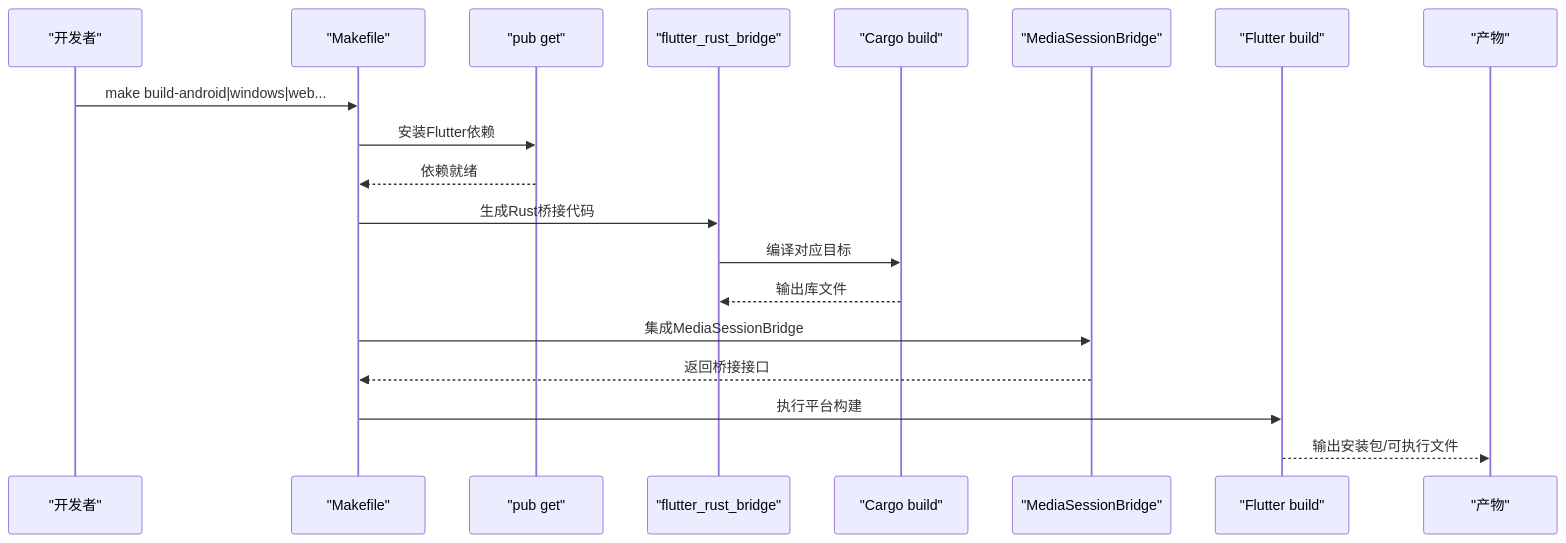
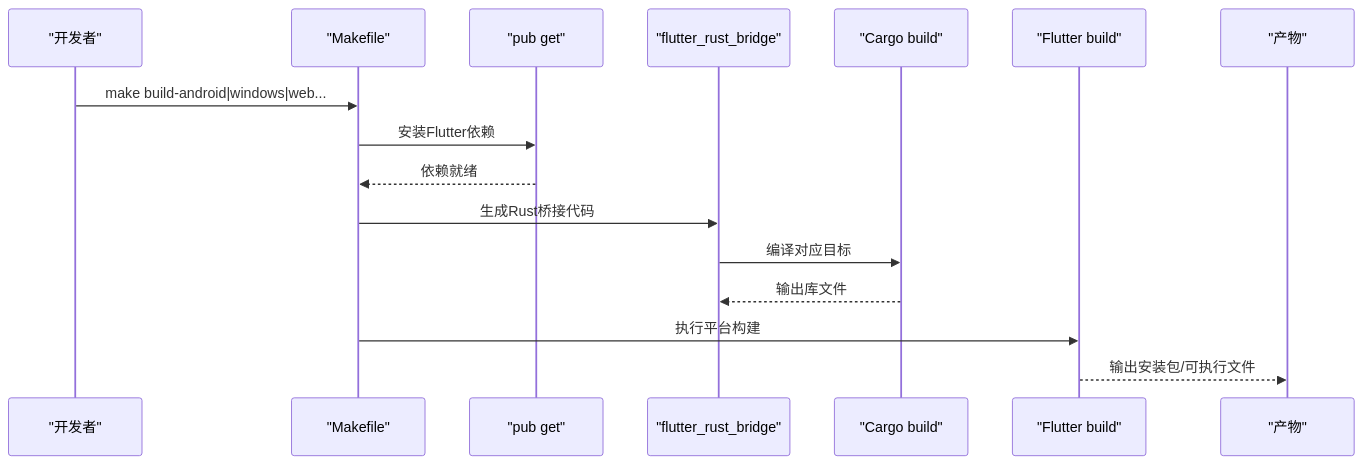
The fourth of 9 diagrams in .qoder/repowiki/zh/content/构建和部署/构建和部署.md (ZhangGHGitHub/LegadoTeamFlutter), drawn with Mermaid before and after one commit. The commit also changed other lines of this file and 68 other files, not shown here.

````diff
--- a/.qoder/repowiki/zh/content/构建和部署/构建和部署.md
+++ b/.qoder/repowiki/zh/content/构建和部署/构建和部署.md
@@ -217,21 +233,18 @@
 ```mermaid
 sequenceDiagram
 participant Dev as "开发者"
 participant MK as "Makefile"
 participant PUB as "pub get"
 participant FRB as "flutter_rust_bridge"
 participant RUST as "Cargo build"
-participant MSB as "MediaSessionBridge"
 participant FLUTTER as "Flutter build"
 participant OUT as "产物"
 Dev->>MK : make build-android|windows|web...
 MK->>PUB : 安装Flutter依赖
 PUB-->>MK : 依赖就绪
 MK->>FRB : 生成Rust桥接代码
 FRB->>RUST : 编译对应目标
 RUST-->>FRB : 输出库文件
-MK->>MSB : 集成MediaSessionBridge
-MSB-->>MK : 返回桥接接口
 MK->>FLUTTER : 执行平台构建
 FLUTTER-->>OUT : 输出安装包/可执行文件
 ```
````
